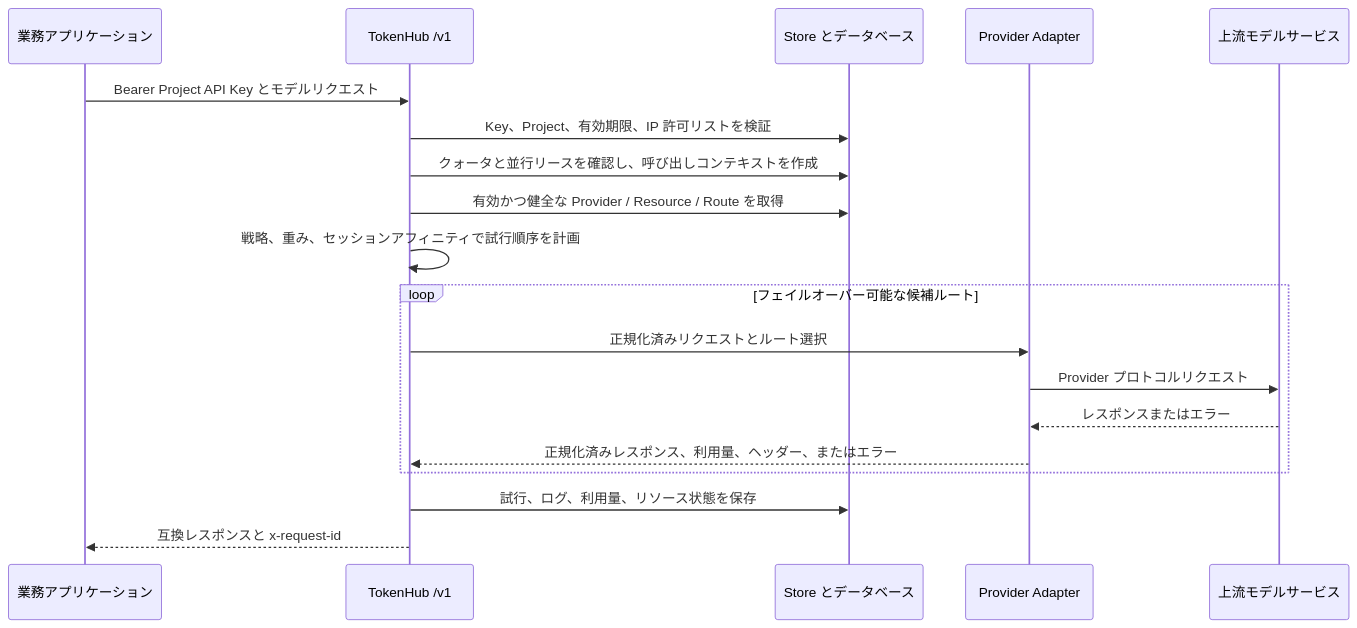
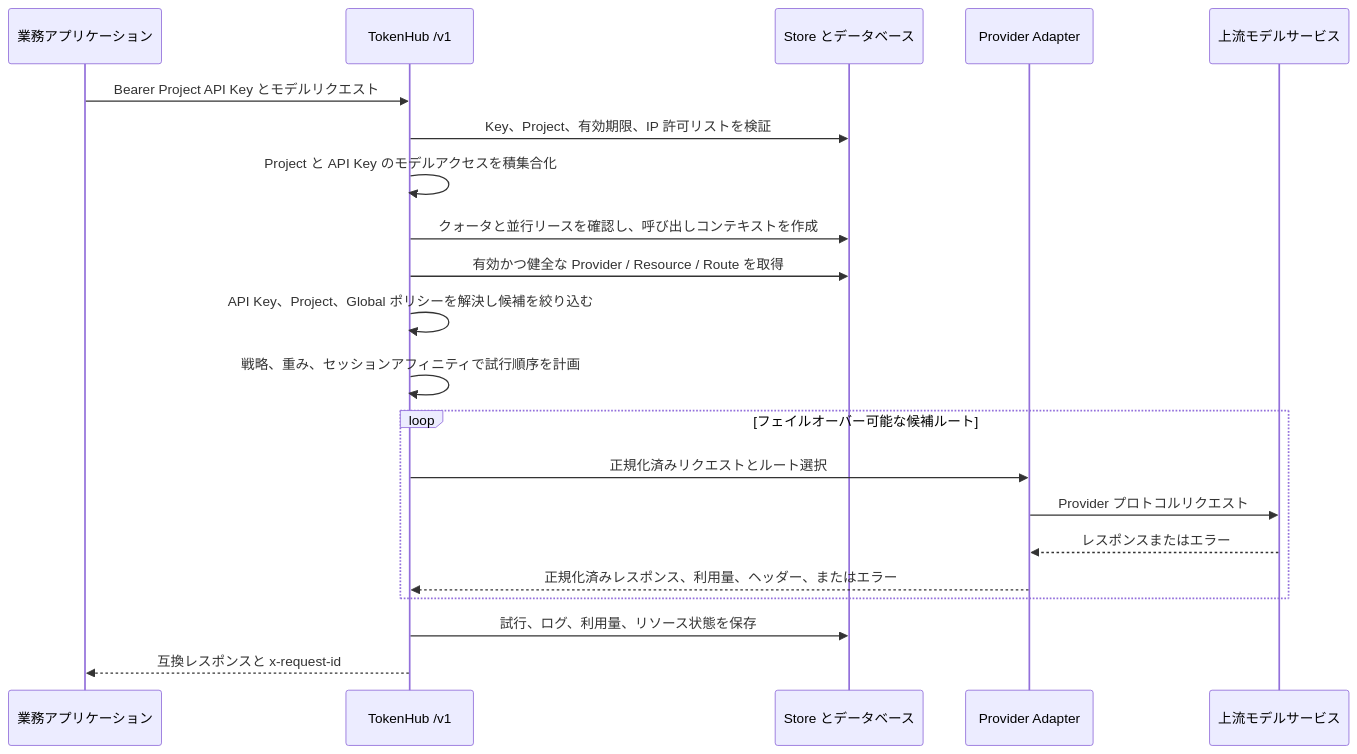
The third of 3 diagrams in docs/ja/architecture.md (IIXINGCHEN/TokenHub), drawn with Mermaid before and after one commit. The commit also changed other lines of this file and 52 other files, not shown here.

````diff
--- a/docs/ja/architecture.md
+++ b/docs/ja/architecture.md
@@ -119,22 +119,24 @@
 ```mermaid
 sequenceDiagram
     participant C as 業務アプリケーション
     participant G as TokenHub /v1
     participant S as Store とデータベース
     participant A as Provider Adapter
     participant U as 上流モデルサービス
 
     C->>G: Bearer Project API Key とモデルリクエスト
     G->>S: Key、Project、有効期限、IP 許可リストを検証
+    G->>G: Project と API Key のモデルアクセスを積集合化
     G->>S: クォータと並行リースを確認し、呼び出しコンテキストを作成
     G->>S: 有効かつ健全な Provider / Resource / Route を取得
+    G->>G: API Key、Project、Global ポリシーを解決し候補を絞り込む
     G->>G: 戦略、重み、セッションアフィニティで試行順序を計画
     loop フェイルオーバー可能な候補ルート
         G->>A: 正規化済みリクエストとルート選択
         A->>U: Provider プロトコルリクエスト
         U-->>A: レスポンスまたはエラー
         A-->>G: 正規化済みレスポンス、利用量、ヘッダー、またはエラー
     end
     G->>S: 試行、ログ、利用量、リソース状態を保存
     G-->>C: 互換レスポンスと x-request-id
 ```
````
